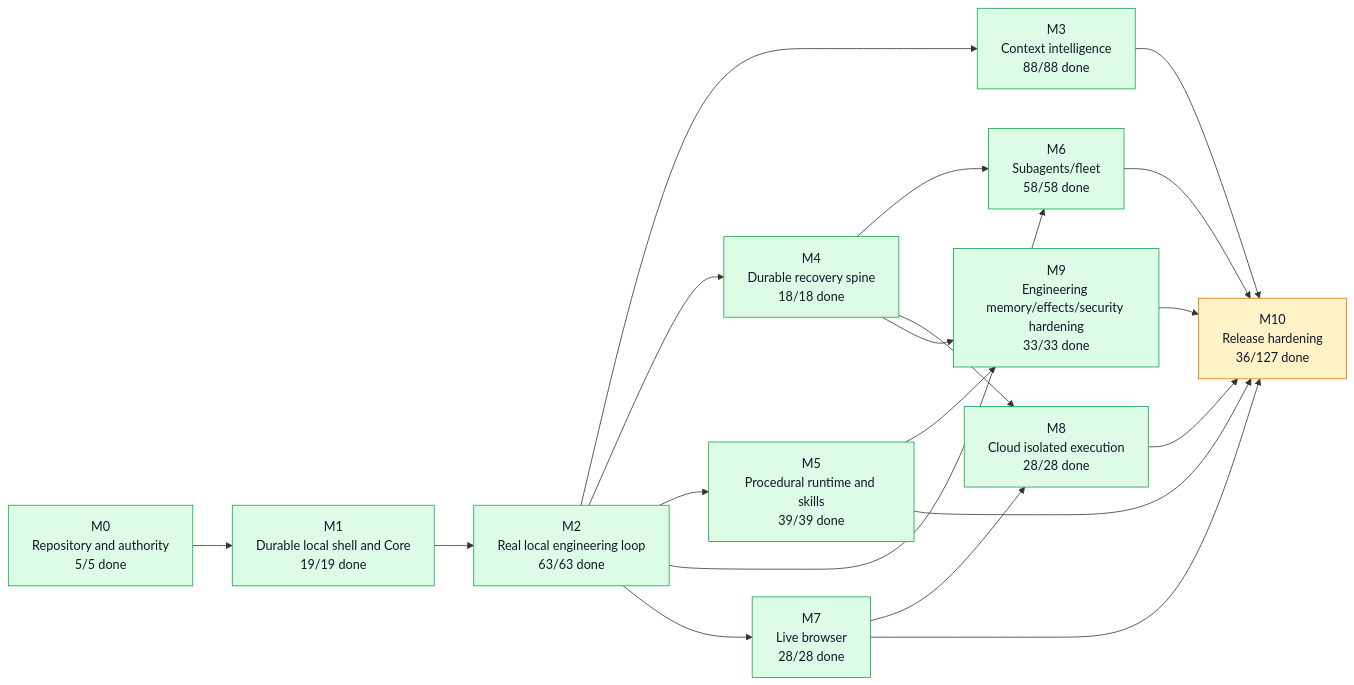
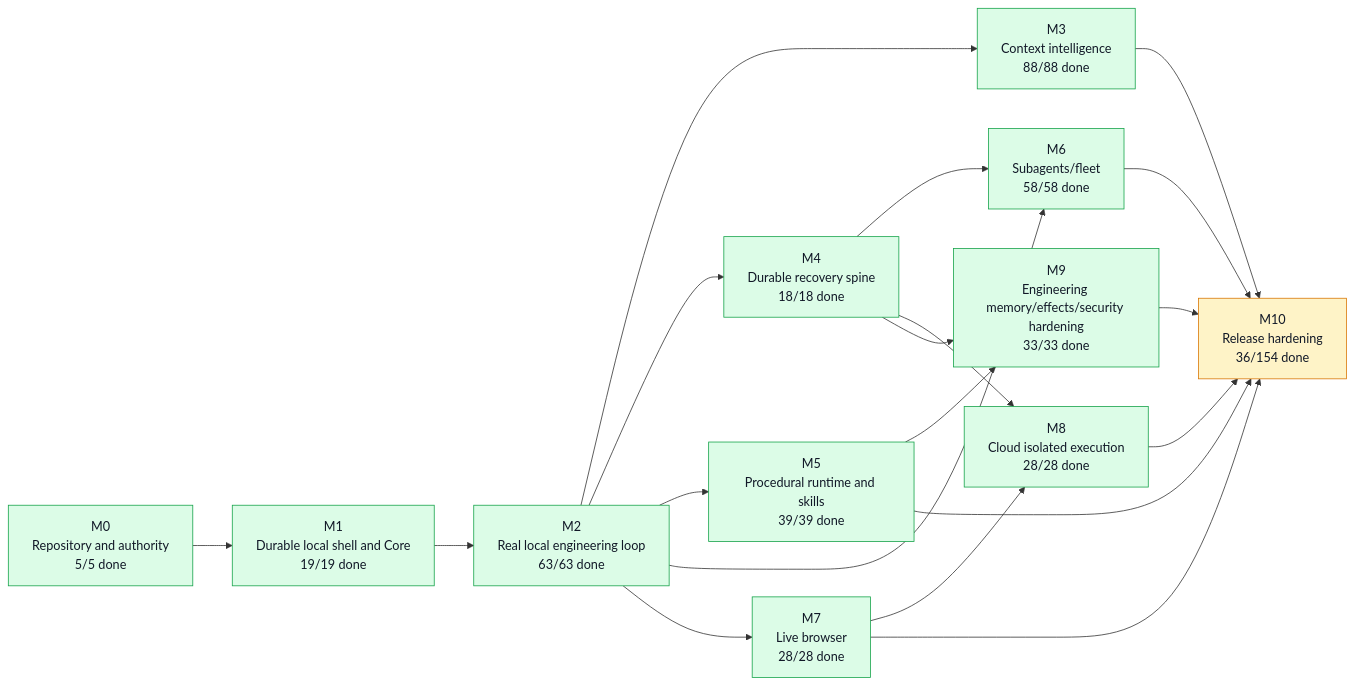
Before and after one commit to moss101/modbit: the first of 5 diagrams in graph/PROJECT_GRAPH.md, drawn with Mermaid. The commit also changed other lines of this file and 62 other files, not shown here.

````diff
--- a/graph/PROJECT_GRAPH.md
+++ b/graph/PROJECT_GRAPH.md
@@ -57,43 +57,43 @@
 ```mermaid
 flowchart LR
   M0["M0<br/>Repository and authority<br/>5/5 done"]
   M1["M1<br/>Durable local shell and Core<br/>19/19 done"]
   M2["M2<br/>Real local engineering loop<br/>63/63 done"]
   M3["M3<br/>Context intelligence<br/>88/88 done"]
   M4["M4<br/>Durable recovery spine<br/>18/18 done"]
   M5["M5<br/>Procedural runtime and skills<br/>39/39 done"]
   M6["M6<br/>Subagents/fleet<br/>58/58 done"]
   M7["M7<br/>Live browser<br/>28/28 done"]
   M8["M8<br/>Cloud isolated execution<br/>28/28 done"]
   M9["M9<br/>Engineering memory/effects/security hardening<br/>33/33 done"]
-  M10["M10<br/>Release hardening<br/>36/127 done"]
+  M10["M10<br/>Release hardening<br/>36/154 done"]
   M0 --> M1
   M1 --> M2
   M2 --> M3
   M2 --> M4
   M2 --> M5
   M2 --> M6
   M4 --> M6
   M2 --> M7
   M4 --> M8
   M7 --> M8
   M4 --> M9
   M5 --> M9
   M3 --> M10
   M5 --> M10
   M6 --> M10
   M7 --> M10
   M8 --> M10
   M9 --> M10
   style M0 fill:#dcfce7,stroke:#16a34a,color:#111827
   style M1 fill:#dcfce7,stroke:#16a34a,color:#111827
   style M2 fill:#dcfce7,stroke:#16a34a,color:#111827
   style M3 fill:#dcfce7,stroke:#16a34a,color:#111827
   style M4 fill:#dcfce7,stroke:#16a34a,color:#111827
   style M5 fill:#dcfce7,stroke:#16a34a,color:#111827
   style M6 fill:#dcfce7,stroke:#16a34a,color:#111827
   style M7 fill:#dcfce7,stroke:#16a34a,color:#111827
   style M8 fill:#dcfce7,stroke:#16a34a,color:#111827
   style M9 fill:#dcfce7,stroke:#16a34a,color:#111827
   style M10 fill:#fef3c7,stroke:#d97706,color:#111827
 ```
````
